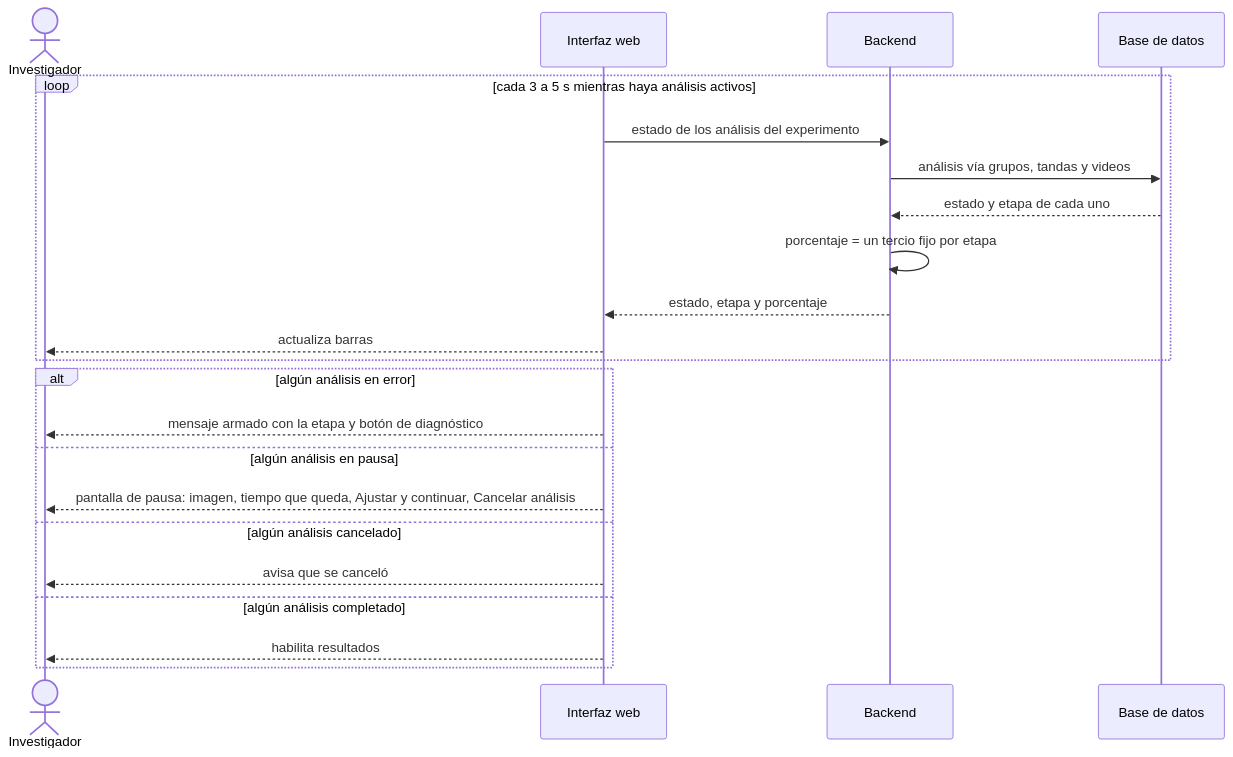
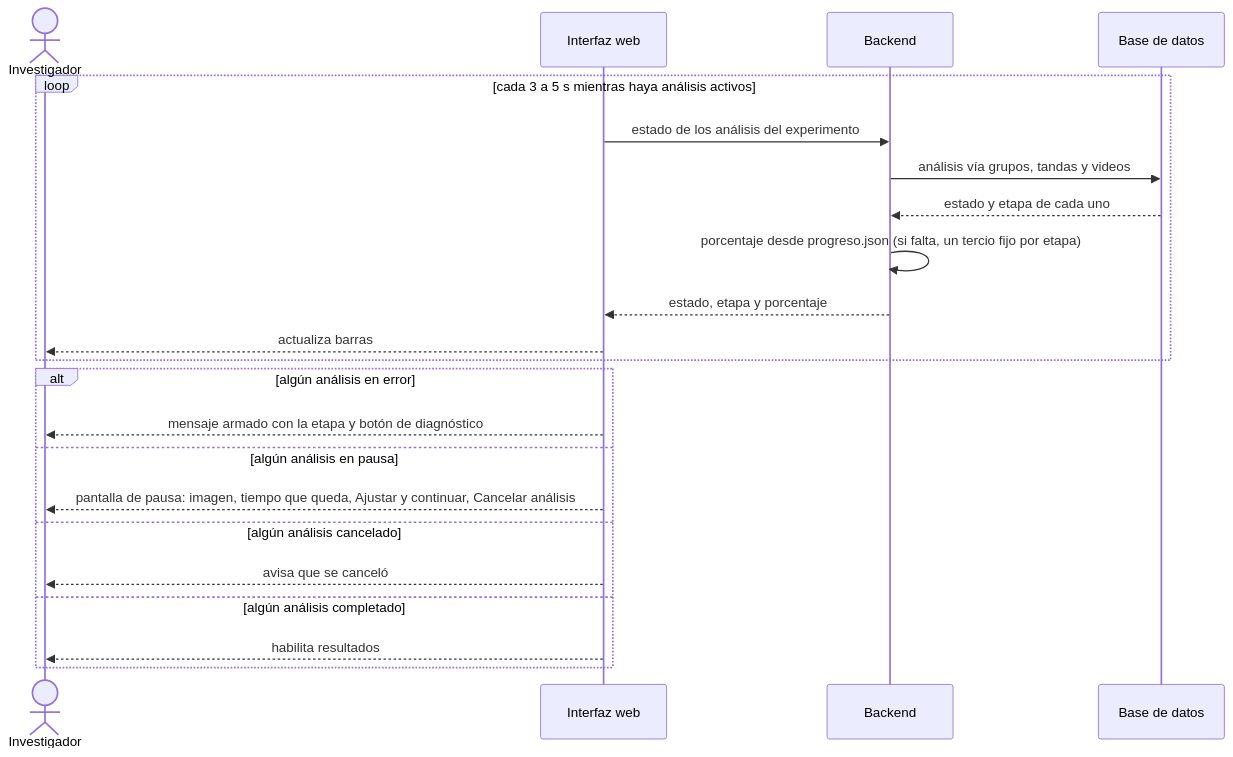
Before and after one commit to ErickJester/fst-ai-system-latex: the sixth of 39 diagrams in INSTRUCCIONES-WEB.md, drawn with Mermaid. The commit also changed other lines of this file and 89 other files, not shown here.

````diff
--- a/INSTRUCCIONES-WEB.md
+++ b/INSTRUCCIONES-WEB.md
@@ -1144,24 +1139,24 @@
 ```mermaid
 sequenceDiagram
   actor I as Investigador
   participant UI as Interfaz web
   participant API as Backend
   participant DB as Base de datos
   loop cada 3 a 5 s mientras haya análisis activos
     UI->>API: estado de los análisis del experimento
     API->>DB: análisis vía grupos, tandas y videos
     DB-->>API: estado y etapa de cada uno
-    API->>API: porcentaje = un tercio fijo por etapa
+    API->>API: porcentaje desde progreso.json (si falta, un tercio fijo por etapa)
     API-->>UI: estado, etapa y porcentaje
     UI-->>I: actualiza barras
   end
   alt algún análisis en error
     UI-->>I: mensaje armado con la etapa y botón de diagnóstico
   else algún análisis en pausa
     UI-->>I: pantalla de pausa: imagen, tiempo que queda, Ajustar y continuar, Cancelar análisis
   else algún análisis cancelado
     UI-->>I: avisa que se canceló
   else algún análisis completado
     UI-->>I: habilita resultados
   end
 ```
````
